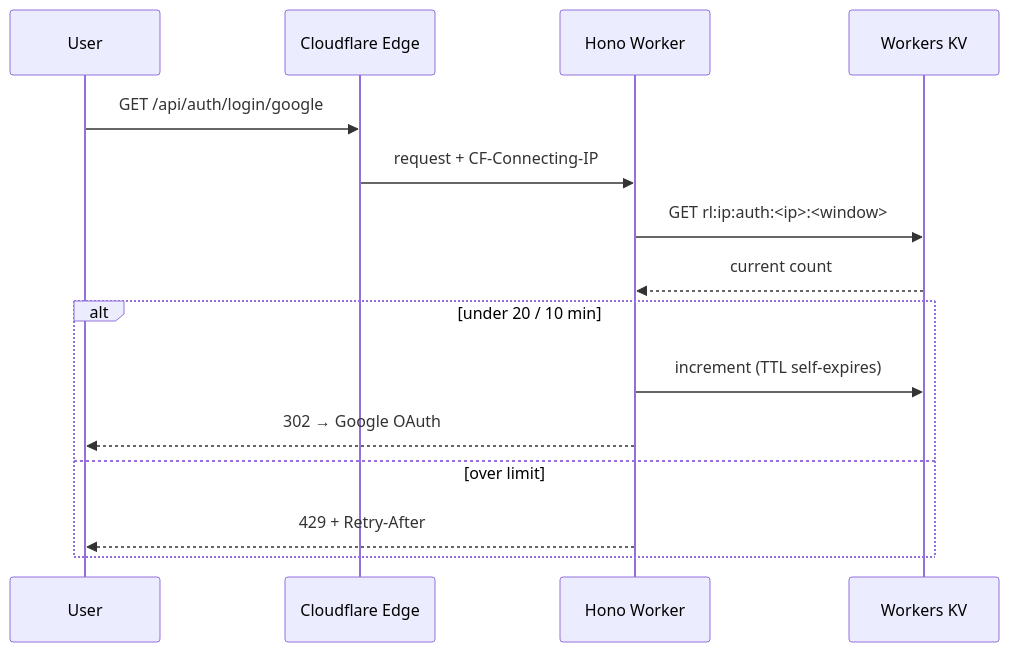
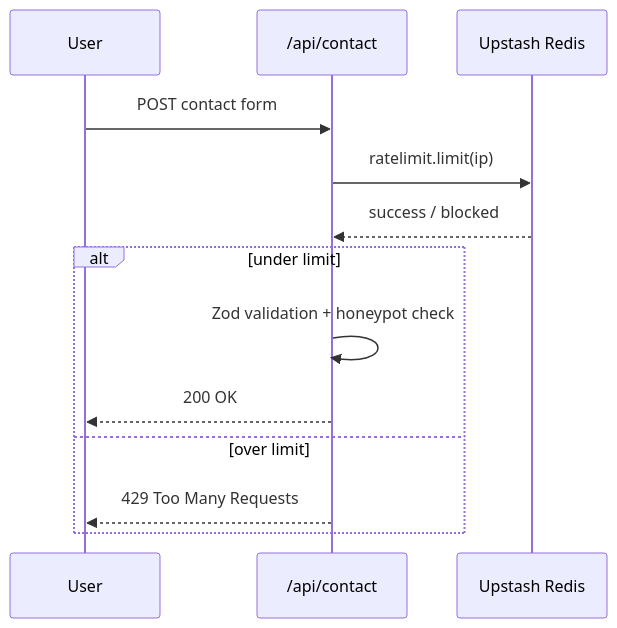
The second of 2 diagrams in content/blog/portfolio-security-hardening.mdx (StudioSC-dev/studiosc-portfolio), drawn with Mermaid before and after one commit. The commit also changed other lines of this file and 1 other file, not shown here.

````diff
--- a/content/blog/portfolio-security-hardening.mdx
+++ b/content/blog/portfolio-security-hardening.mdx
@@ -96,18 +69,16 @@
 ```mermaid
 sequenceDiagram
     participant User
-    participant Edge as Cloudflare Edge
-    participant Worker as Hono Worker
-    participant KV as Workers KV
+    participant API as /api/contact
+    participant Redis as Upstash Redis
 
-    User->>Edge: GET /api/auth/login/google
-    Edge->>Worker: request + CF-Connecting-IP
-    Worker->>KV: GET rl:ip:auth:<ip>:<window>
-    KV-->>Worker: current count
-    alt under 20 / 10 min
-        Worker->>KV: increment (TTL self-expires)
-        Worker-->>User: 302 → Google OAuth
+    User->>API: POST contact form
+    API->>Redis: ratelimit.limit(ip)
+    Redis-->>API: success / blocked
+    alt under limit
+        API->>API: Zod validation + honeypot check
+        API-->>User: 200 OK
     else over limit
-        Worker-->>User: 429 + Retry-After
+        API-->>User: 429 Too Many Requests
     end
 ```
````
